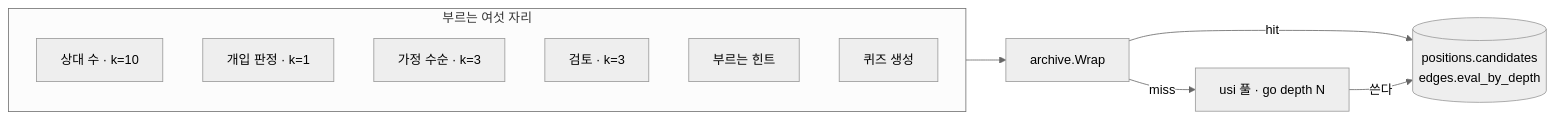
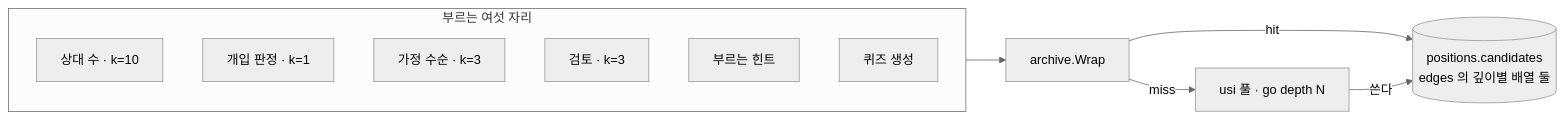
The third of 8 diagrams in docs/spec/architecture.md (jovid18/show-gi), drawn with Mermaid (neutral theme) before and after one commit. The commit also changed other lines of this file and 94 other files, not shown here.

````diff
--- a/docs/spec/architecture.md
+++ b/docs/spec/architecture.md
@@ -133,16 +137,16 @@
 ```mermaid
 flowchart LR
     subgraph six["부르는 여섯 자리"]
         direction TB
         S1["상대 수 · k=10"]
         S2["개입 판정 · k=1"]
         S3["가정 수순 · k=3"]
         S4["검토 · k=3"]
         S5["부르는 힌트"]
         S6["퀴즈 생성"]
     end
     six --> AR["archive.Wrap"]
-    AR -- hit --> C[("positions.candidates<br/>edges.eval_by_depth")]
+    AR -- hit --> C[("positions.candidates<br/>edges 의 깊이별 배열 둘")]
     AR -- miss --> P["usi 풀 · go depth N"]
     P -- 쓴다 --> C
 ```
````
